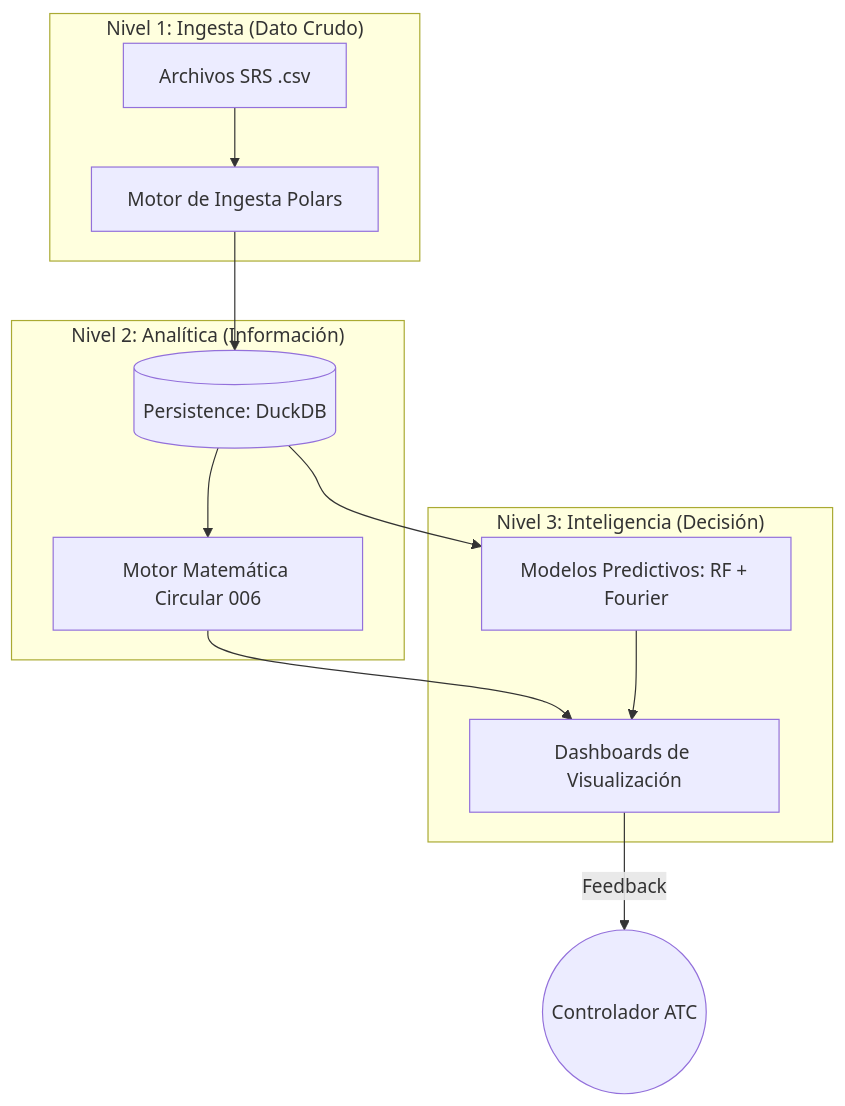
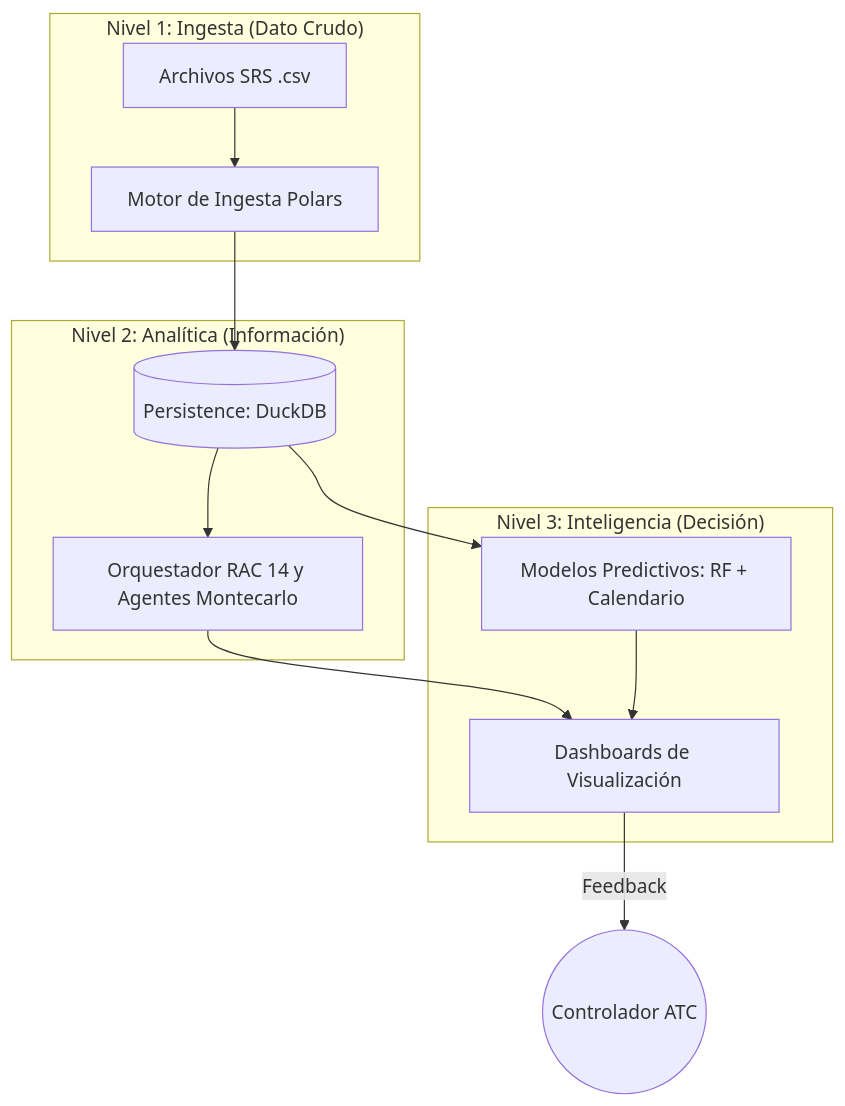
One commit to ivmafo/tsis_umb_data_science changed the diagram in docs/index.md. Above: the diagram before and after it, drawn with Mermaid. The commit also changed other lines of this file and 54 other files, not shown here.

````diff
--- a/docs/index.md
+++ b/docs/index.md
@@ -23,19 +21,19 @@
 ```mermaid
 graph TD
     subgraph "Nivel 1: Ingesta (Dato Crudo)"
         SRS[Archivos SRS .csv] --> POLARS[Motor de Ingesta Polars]
     end
 
     subgraph "Nivel 2: Analítica (Información)"
         POLARS --> DUCKDB[(Persistence: DuckDB)]
-        DUCKDB --> C006[Motor Matemática Circular 006]
+        DUCKDB --> RAC14[Orquestador RAC 14 y Agentes Montecarlo]
     end
 
     subgraph "Nivel 3: Inteligencia (Decisión)"
-        DUCKDB --> ML[Modelos Predictivos: RF + Fourier]
-        C006 --> DASH[Dashboards de Visualización]
+        DUCKDB --> ML[Modelos Predictivos: RF + Calendario]
+        RAC14 --> DASH[Dashboards de Visualización]
         ML --> DASH
     end
 
     DASH -- Feedback --> USER((Controlador ATC))
 ```
````
